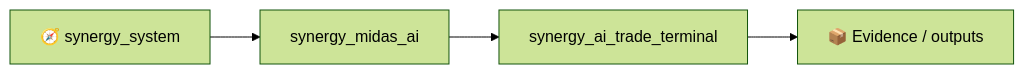
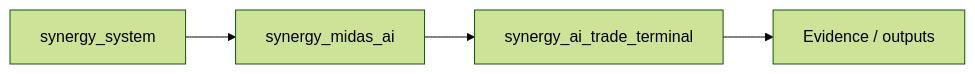
Before and after one commit to Shtenco/synergy_ai_trade_terminal: the second of 3 diagrams in README.md, drawn with Mermaid (forest theme). The commit also changed other lines of this file, not shown here.

````diff
--- a/README.md
+++ b/README.md
@@ -207,6 +207,6 @@
 ```mermaid
 flowchart LR
-    SYS[🧭 synergy_system] --> P[synergy_midas_ai]
+    SYS[ synergy_system] --> P[synergy_midas_ai]
     P --> THIS[synergy_ai_trade_terminal]
-    THIS --> E[📦 Evidence / outputs]
+    THIS --> E[ Evidence / outputs]
 ```
````
